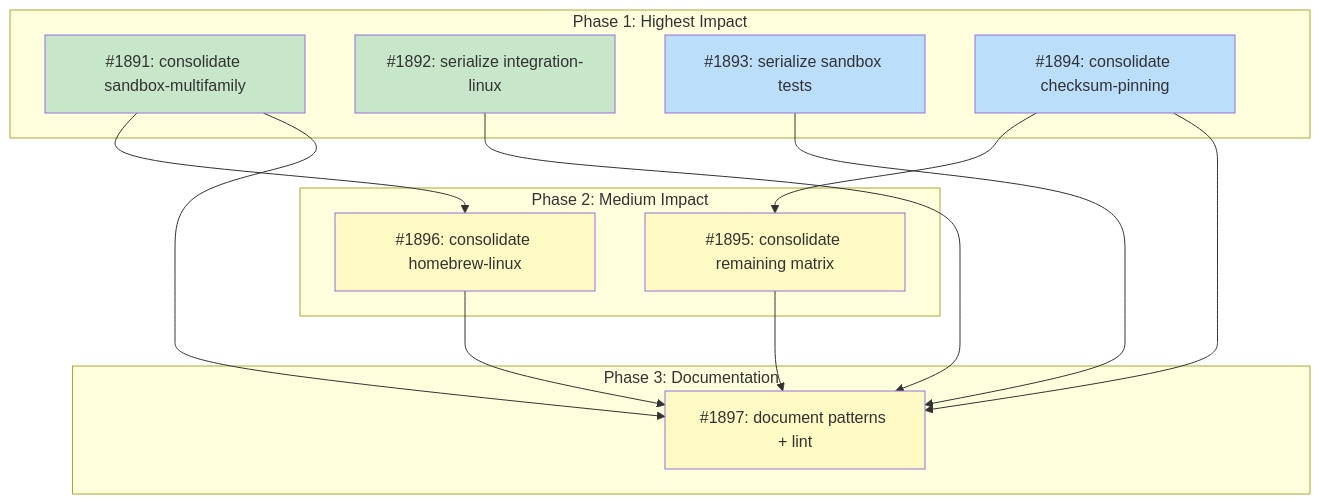
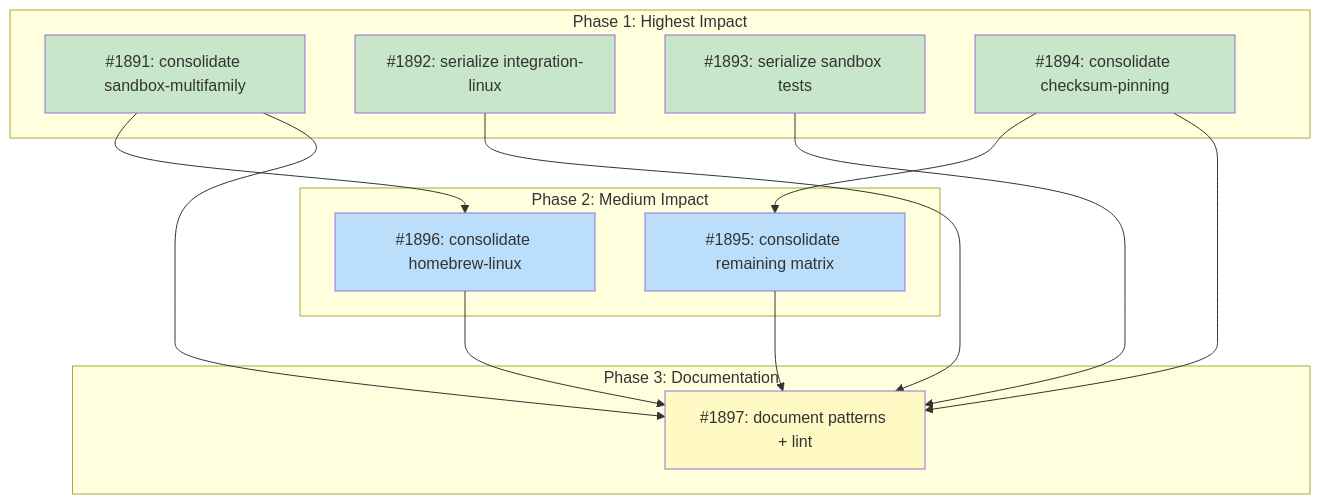
Before and after one commit to tsukumogami/tsuku: the diagram in docs/designs/DESIGN-ci-job-consolidation.md, drawn with Mermaid. The commit also changed other lines of this file and 5 other files, not shown here.

````diff
--- a/docs/designs/DESIGN-ci-job-consolidation.md
+++ b/docs/designs/DESIGN-ci-job-consolidation.md
@@ -57,38 +57,37 @@
 ```mermaid
 graph TD
     subgraph Phase1["Phase 1: Highest Impact"]
         I1891["#1891: consolidate sandbox-multifamily"]
         I1892["#1892: serialize integration-linux"]
         I1893["#1893: serialize sandbox tests"]
         I1894["#1894: consolidate checksum-pinning"]
     end
 
     subgraph Phase2["Phase 2: Medium Impact"]
         I1895["#1895: consolidate remaining matrix"]
         I1896["#1896: consolidate homebrew-linux"]
     end
 
     subgraph Phase3["Phase 3: Documentation"]
         I1897["#1897: document patterns + lint"]
     end
 
     I1894 --> I1895
     I1891 --> I1896
     I1891 --> I1897
     I1892 --> I1897
     I1893 --> I1897
     I1894 --> I1897
     I1895 --> I1897
     I1896 --> I1897
 
     classDef done fill:#c8e6c9
     classDef ready fill:#bbdefb
     classDef blocked fill:#fff9c4
     classDef needsDesign fill:#e1bee7
     classDef tracksDesign fill:#FFE0B2,stroke:#F57C00,color:#000
 
-    class I1891,I1892 done
-    class I1893,I1894 ready
-    class I1895,I1896 blocked
+    class I1891,I1892,I1893,I1894 done
+    class I1895,I1896 ready
     class I1897 blocked
 ```
````
